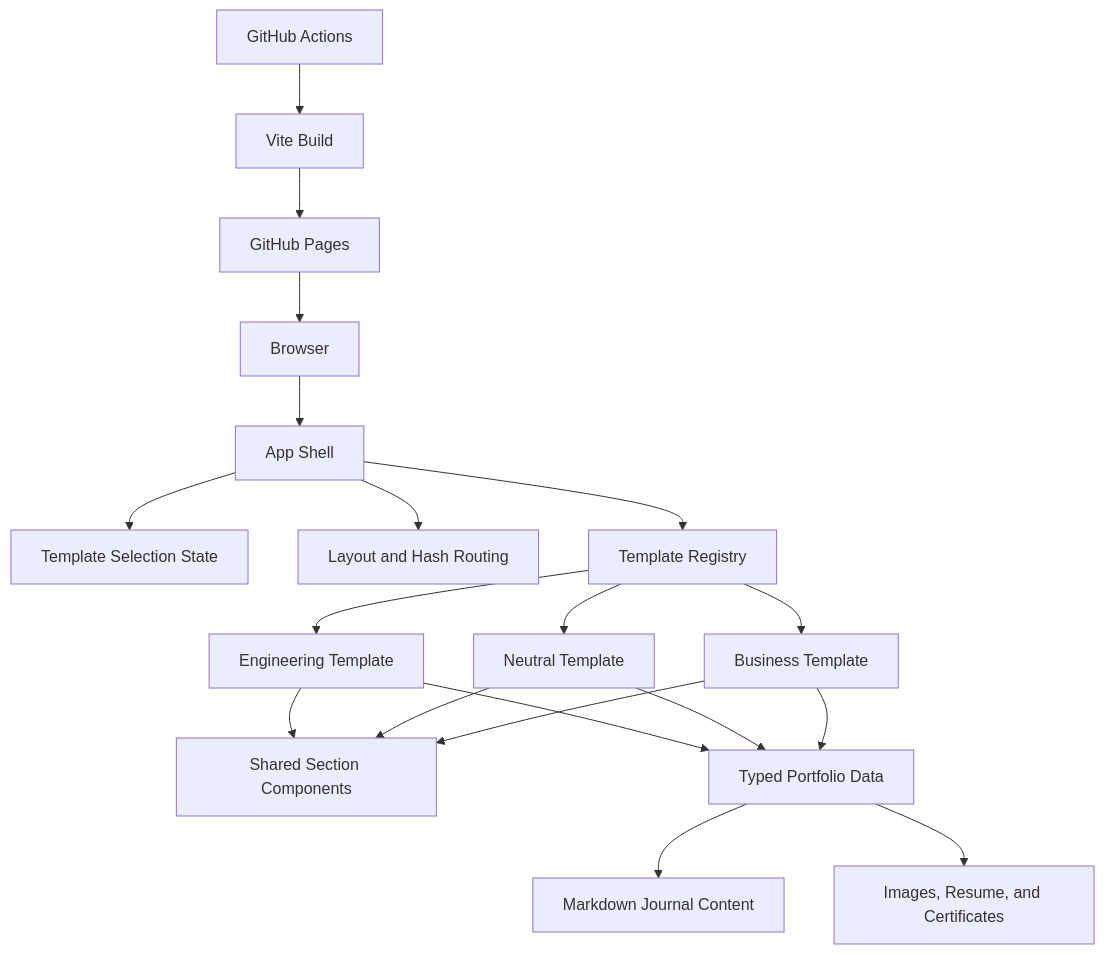
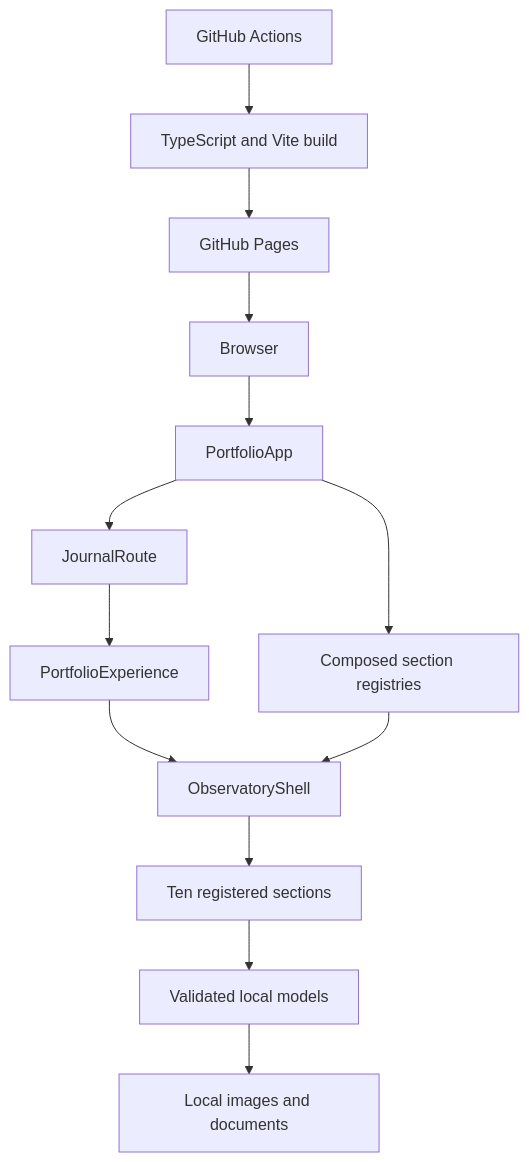
The first of 2 diagrams in aidlc-docs/inception/reverse-engineering/architecture.md (TranGiaMinhTam/TranGiaMinhTam.github.io), drawn with Mermaid before and after one commit. The commit also changed other lines of this file and 955 other files, not shown here.

````diff
--- a/aidlc-docs/inception/reverse-engineering/architecture.md
+++ b/aidlc-docs/inception/reverse-engineering/architecture.md
@@ -9,37 +9,15 @@
 ```mermaid
 flowchart TD
-    Browser["Browser"]
-    App["App Shell"]
-    Selection["Template Selection State"]
-    Layout["Layout and Hash Routing"]
-    Registry["Template Registry"]
-    Engineering["Engineering Template"]
-    Neutral["Neutral Template"]
-    Business["Business Template"]
-    Shared["Shared Section Components"]
-    Data["Typed Portfolio Data"]
-    Journal["Markdown Journal Content"]
-    Assets["Images, Resume, and Certificates"]
-    Build["Vite Build"]
-    Actions["GitHub Actions"]
-    Pages["GitHub Pages"]
-
-    Browser --> App
-    App --> Selection
-    App --> Layout
-    App --> Registry
-    Registry --> Engineering
-    Registry --> Neutral
-    Registry --> Business
-    Engineering --> Shared
-    Neutral --> Shared
-    Business --> Shared
-    Engineering --> Data
-    Neutral --> Data
-    Business --> Data
-    Data --> Journal
-    Data --> Assets
-    Actions --> Build
-    Build --> Pages
+    Browser["Browser"] --> App["PortfolioApp"]
+    App --> Journal["JournalRoute"]
+    Journal --> Experience["PortfolioExperience"]
+    Experience --> Shell["ObservatoryShell"]
+    App --> Registries["Composed section registries"]
+    Registries --> Shell
+    Shell --> Sections["Ten registered sections"]
+    Sections --> Models["Validated local models"]
+    Models --> Assets["Local images and documents"]
+    Workflow["GitHub Actions"] --> Build["TypeScript and Vite build"]
+    Build --> Pages["GitHub Pages"]
     Pages --> Browser
 ```
````
